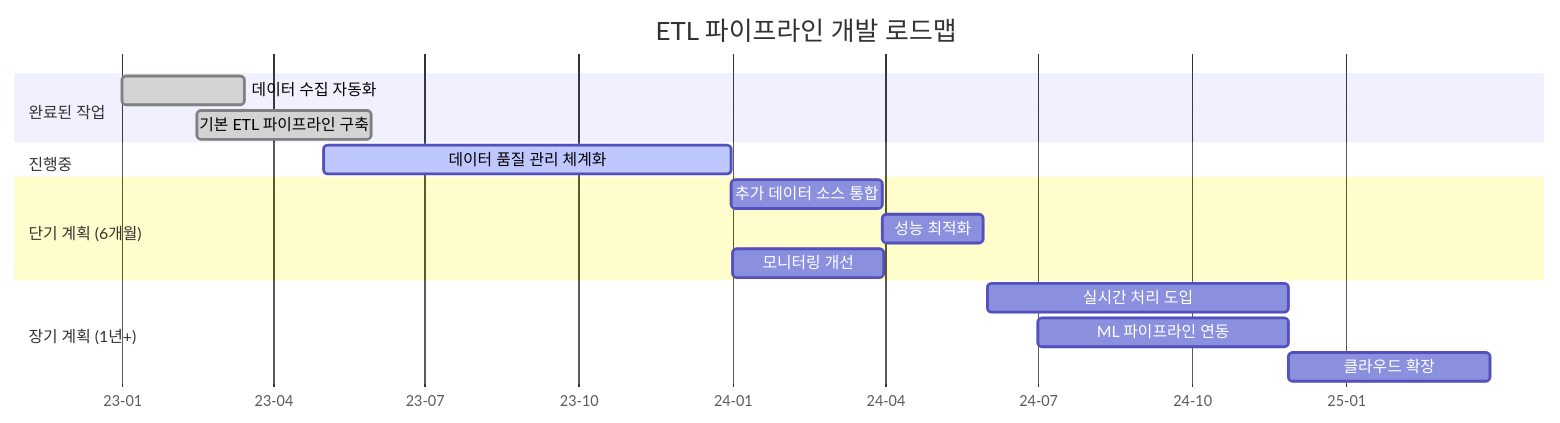
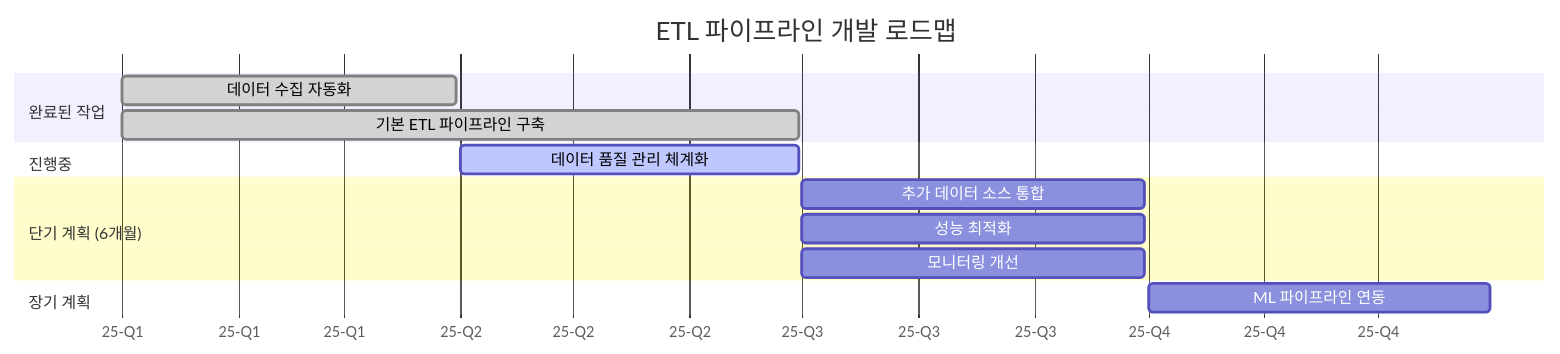
The fifth of 5 diagrams in _posts/2025-03-18-etl-pipeline.md (yeokyeong-yoon/yeokyeong-yoon.github.io), drawn with Mermaid before and after one commit. The commit also changed other lines of this file, not shown here.

Commit message:
Fix syntax errors on diagrams

```diff
--- a/_posts/2025-03-18-etl-pipeline.md
+++ b/_posts/2025-03-18-etl-pipeline.md
@@ -304,23 +304,21 @@
 <div class="mermaid">
 gantt
     title ETL 파이프라인 개발 로드맵
     dateFormat  YYYY-MM-DD
-    axisFormat %y-%m
+    axisFormat %y-Q%q
     
     section 완료된 작업
-    데이터 수집 자동화      :done, task1, 2023-01-01, 2023-03-15
-    기본 ETL 파이프라인 구축 :done, task2, 2023-02-15, 2023-05-30
+    데이터 수집 자동화      :done, task1, 2025-01-01, 2025-03-31
+    기본 ETL 파이프라인 구축 :done, task2, 2025-01-01, 2025-06-30
     
     section 진행중
-    데이터 품질 관리 체계화  :active, task3, 2023-05-01, 2023-12-31
+    데이터 품질 관리 체계화  :active, task3, 2025-04-01, 2025-06-30
     
     section 단기 계획 (6개월)
-    추가 데이터 소스 통합    :task4, after task3, 90d
-    성능 최적화            :task5, after task4, 60d
-    모니터링 개선           :task6, 2024-01-01, 90d
+    추가 데이터 소스 통합    :task4, 2025-07-01, 2025-09-30
+    성능 최적화            :task5, 2025-07-01, 2025-09-30
+    모니터링 개선           :task6, 2025-07-01, 2025-09-30
     
-    section 장기 계획 (1년+)
-    실시간 처리 도입        :task7, 2024-06-01, 180d
-    ML 파이프라인 연동      :task8, 2024-07-01, 150d
-    클라우드 확장          :task9, after task8, 120d
+    section 장기 계획
+    ML 파이프라인 연동      :task8, 2025-10-01, 2025-12-31
 </div>
```
